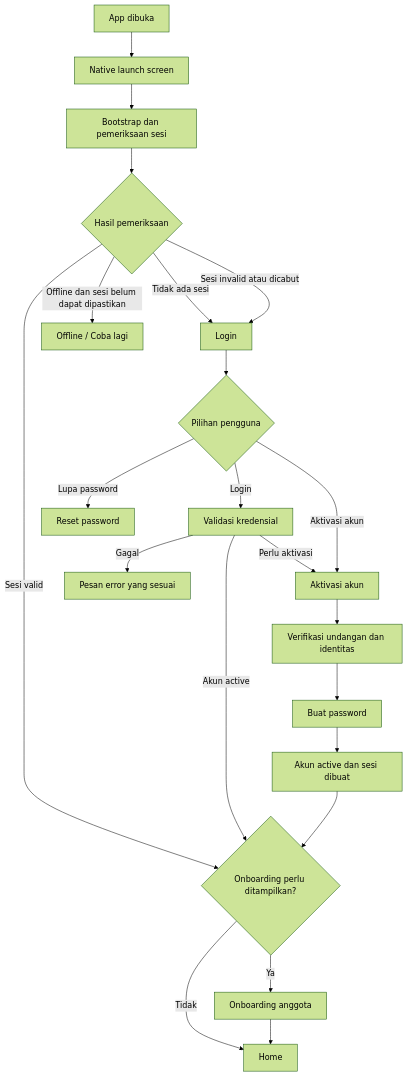
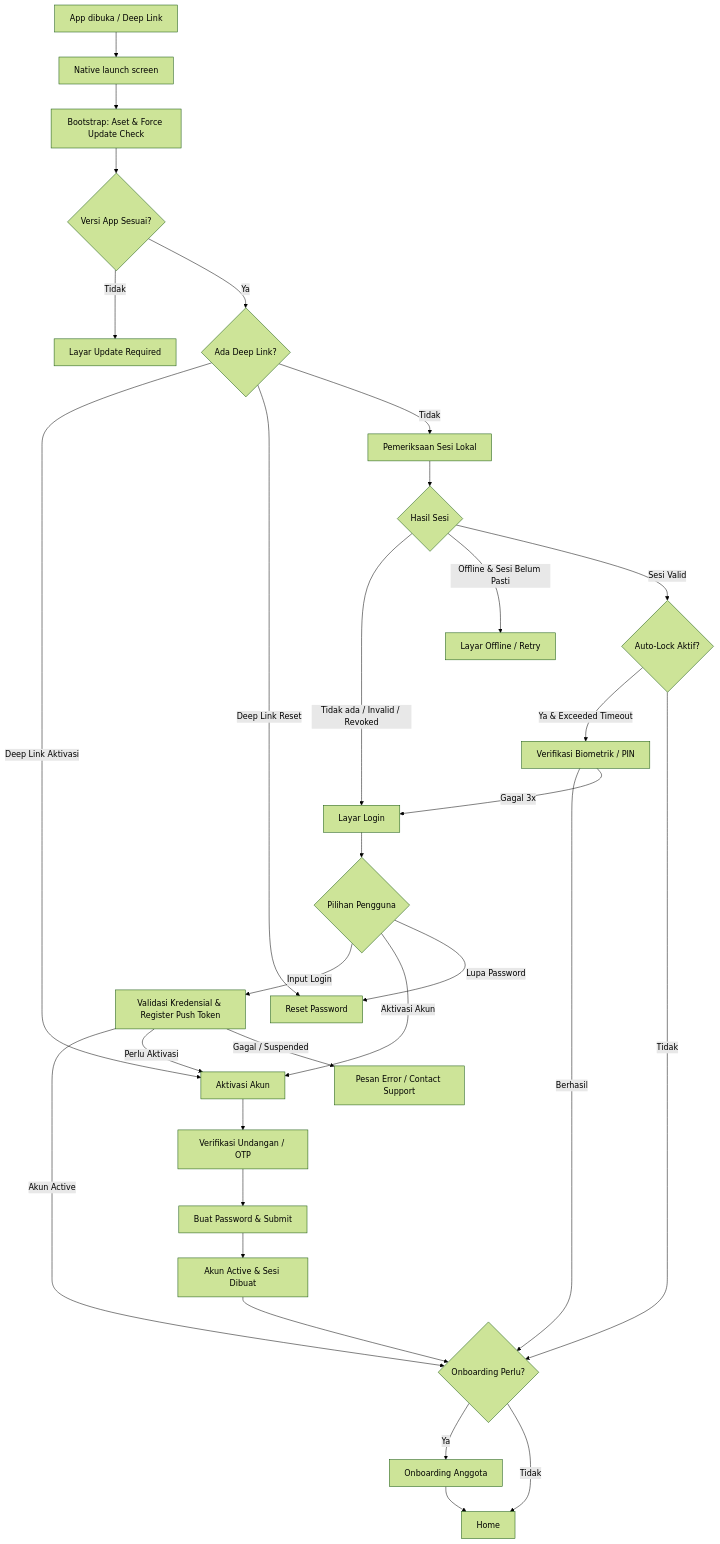
Before and after one commit to restu-akbar/palti-fx: the diagram in LoginFlow.md, drawn with Mermaid (forest theme). The commit also changed other lines of this file, not shown here.

Commit message:
fix: fixed LoginFlow.md module

````diff
--- a/LoginFlow.md
+++ b/LoginFlow.md
@@ -37,24 +37,38 @@
 ```mermaid
 flowchart TD
-    A[App dibuka] --> B[Native launch screen]
-    B --> C[Bootstrap dan pemeriksaan sesi]
-    C --> D{Hasil pemeriksaan}
-    D -- Tidak ada sesi --> E[Login]
-    D -- Sesi valid --> F{Onboarding perlu ditampilkan?}
-    D -- Offline dan sesi belum dapat dipastikan --> G[Offline / Coba lagi]
-    D -- Sesi invalid atau dicabut --> E
-    F -- Ya --> H[Onboarding anggota]
-    F -- Tidak --> I[Home]
-    H --> I
-    E --> J{Pilihan pengguna}
-    J -- Login --> K[Validasi kredensial]
-    K -- Akun active --> F
-    K -- Perlu aktivasi --> L[Aktivasi akun]
-    K -- Gagal --> M[Pesan error yang sesuai]
-    J -- Aktivasi akun --> L
-    J -- Lupa password --> N[Reset password]
-    L --> O[Verifikasi undangan dan identitas]
-    O --> P[Buat password]
-    P --> Q[Akun active dan sesi dibuat]
-    Q --> F
+    A[App dibuka / Deep Link] --> B[Native launch screen]
+    B --> C[Bootstrap: Aset & Force Update Check]
+    C --> C1{Versi App Sesuai?}
+    C1 -- Tidak --> C2[Layar Update Required]
+    C1 -- Ya --> C3{Ada Deep Link?}
+    C3 -- Deep Link Aktivasi --> L[Aktivasi Akun]
+    C3 -- Deep Link Reset --> N[Reset Password]
+    C3 -- Tidak --> D[Pemeriksaan Sesi Lokal]
+    
+    D --> E{Hasil Sesi}
+    E -- Tidak ada / Invalid / Revoked --> F[Layar Login]
+    E -- Offline & Sesi Belum Pasti --> G[Layar Offline / Retry]
+    E -- Sesi Valid --> H{Auto-Lock Aktif?}
+    
+    H -- Ya & Exceeded Timeout --> I[Verifikasi Biometrik / PIN]
+    I -- Berhasil --> J{Onboarding Perlu?}
+    I -- Gagal 3x --> F
+    H -- Tidak --> J
+    
+    J -- Ya --> K[Onboarding Anggota]
+    J -- Tidak --> M[Home]
+    K --> M
+    
+    F --> L1{Pilihan Pengguna}
+    L1 -- Input Login --> O[Validasi Kredensial & Register Push Token]
+    O -- Akun Active --> J
+    O -- Perlu Aktivasi --> L
+    O -- Gagal / Suspended --> P[Pesan Error / Contact Support]
+    L1 -- Aktivasi Akun --> L
+    L1 -- Lupa Password --> N
+    
+    L --> Q[Verifikasi Undangan / OTP]
+    Q --> R[Buat Password & Submit]
+    R --> S[Akun Active & Sesi Dibuat]
+    S --> J
 ```
````
